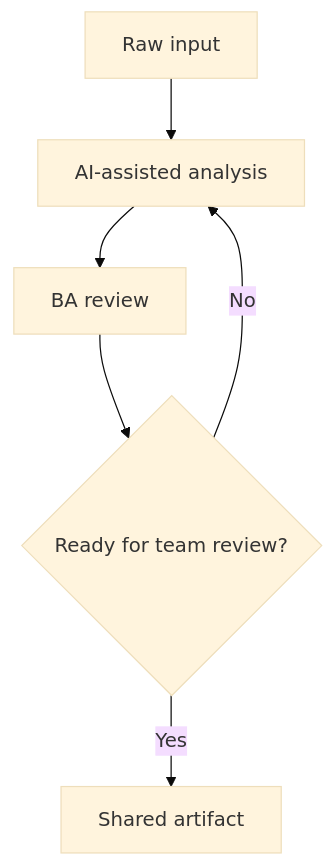
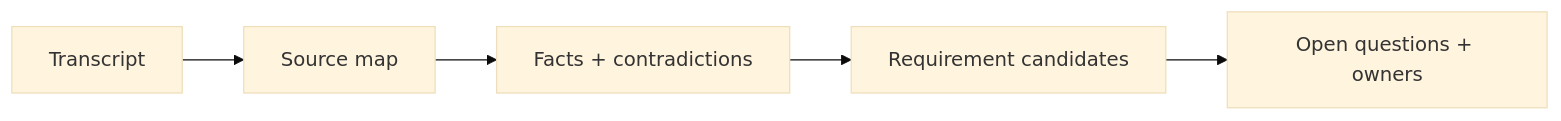
The diagram in docs/en/labs/meeting-transcript-to-requirements/index.md (anhtnt90dev/ai-for-ba), drawn with Mermaid (base theme) before and after one commit. The commit also changed other lines of this file and 64 other files, not shown here.

````diff
--- a/docs/en/labs/meeting-transcript-to-requirements/index.md
+++ b/docs/en/labs/meeting-transcript-to-requirements/index.md
@@ -18,8 +20,7 @@
 ```mermaid
-flowchart TD
-    A["Raw input"] --> B["AI-assisted analysis"]
-    B --> C["BA review"]
-    C --> D{"Ready for team review?"}
-    D -->|"No"| B
-    D -->|"Yes"| E["Shared artifact"]
+flowchart LR
+    A["Transcript"] --> B["Source map"]
+    B --> C["Facts + contradictions"]
+    C --> D["Requirement candidates"]
+    D --> E["Open questions + owners"]
 ```
````
